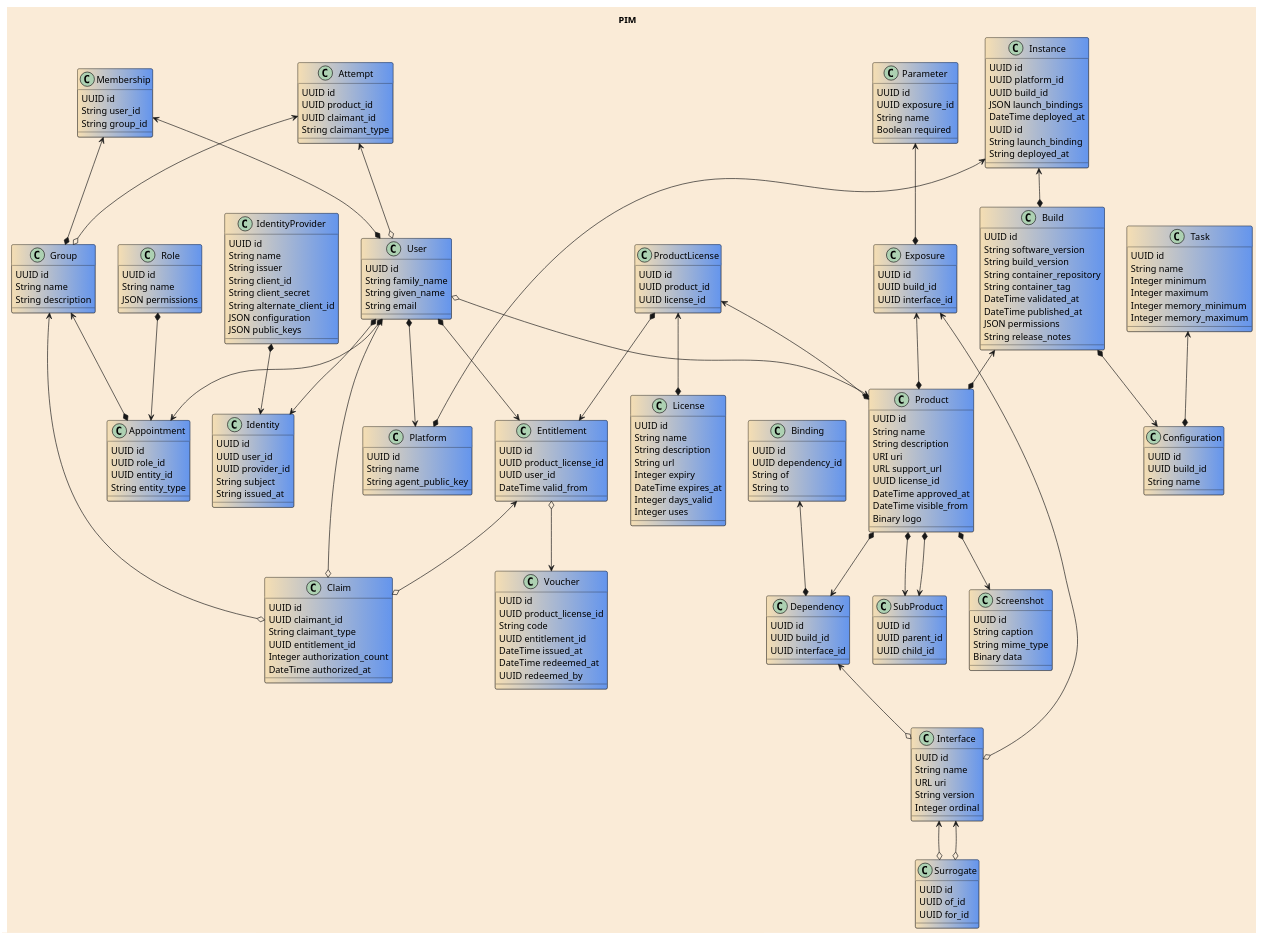
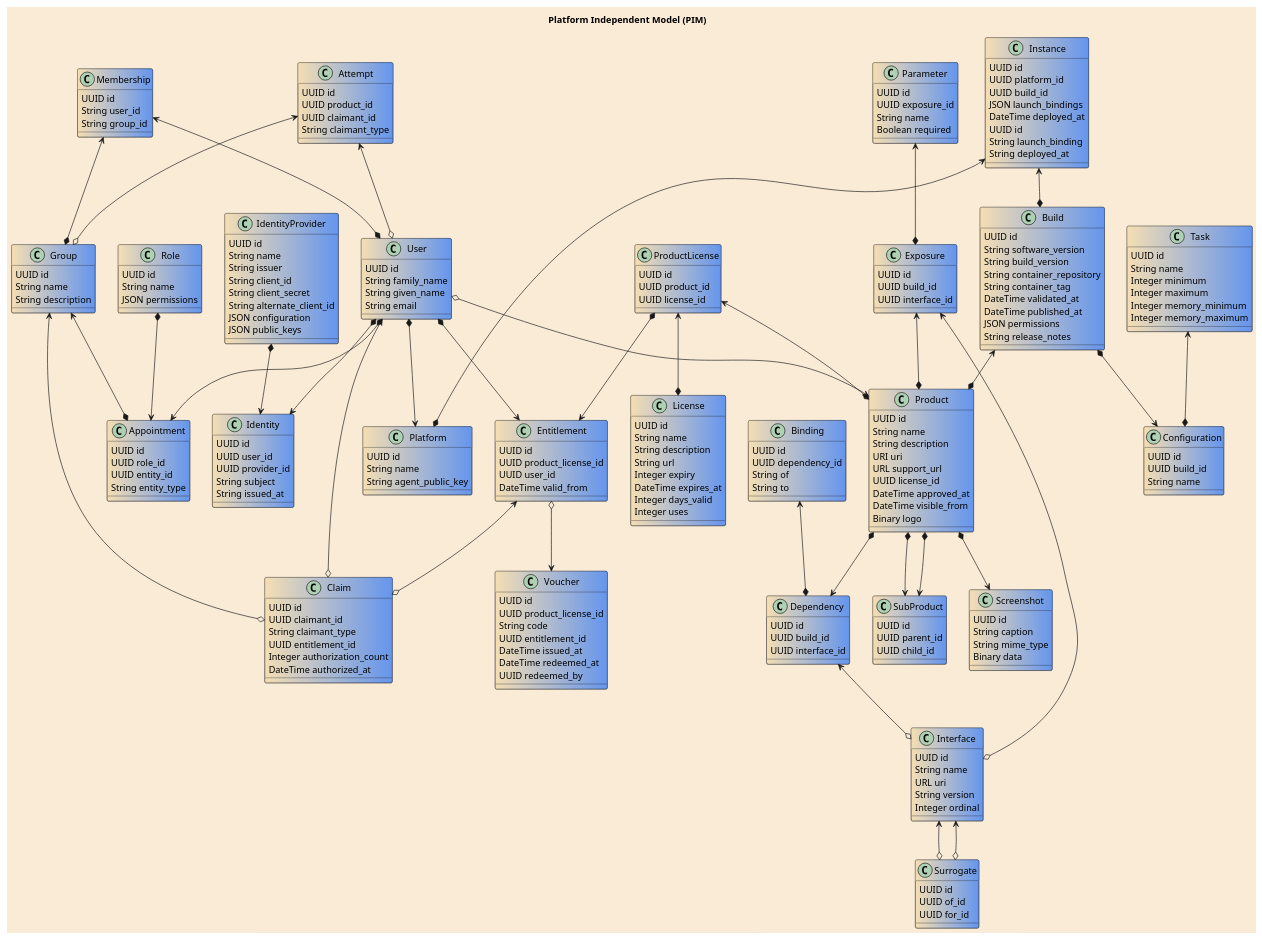
Before and after one commit to preston/hsp-marketplace-documentation: the diagram in docs/ballots/HL7_HSP_R2_STU2_2022JAN/images/pim.plantuml, drawn with PlantUML. The commit also changed 1 other file, not shown here.

```diff
--- a/docs/ballots/HL7_HSP_R2_STU2_2022JAN/images/pim.plantuml
+++ b/docs/ballots/HL7_HSP_R2_STU2_2022JAN/images/pim.plantuml
@@ -2,7 +2,7 @@
 skinparam backgroundcolor AntiqueWhite
 skinparam classBackgroundColor Wheat|CornflowerBlue
 
-title "PIM"
+title "Platform Independent Model (PIM)"
 
 class Group {
     UUID id
```
